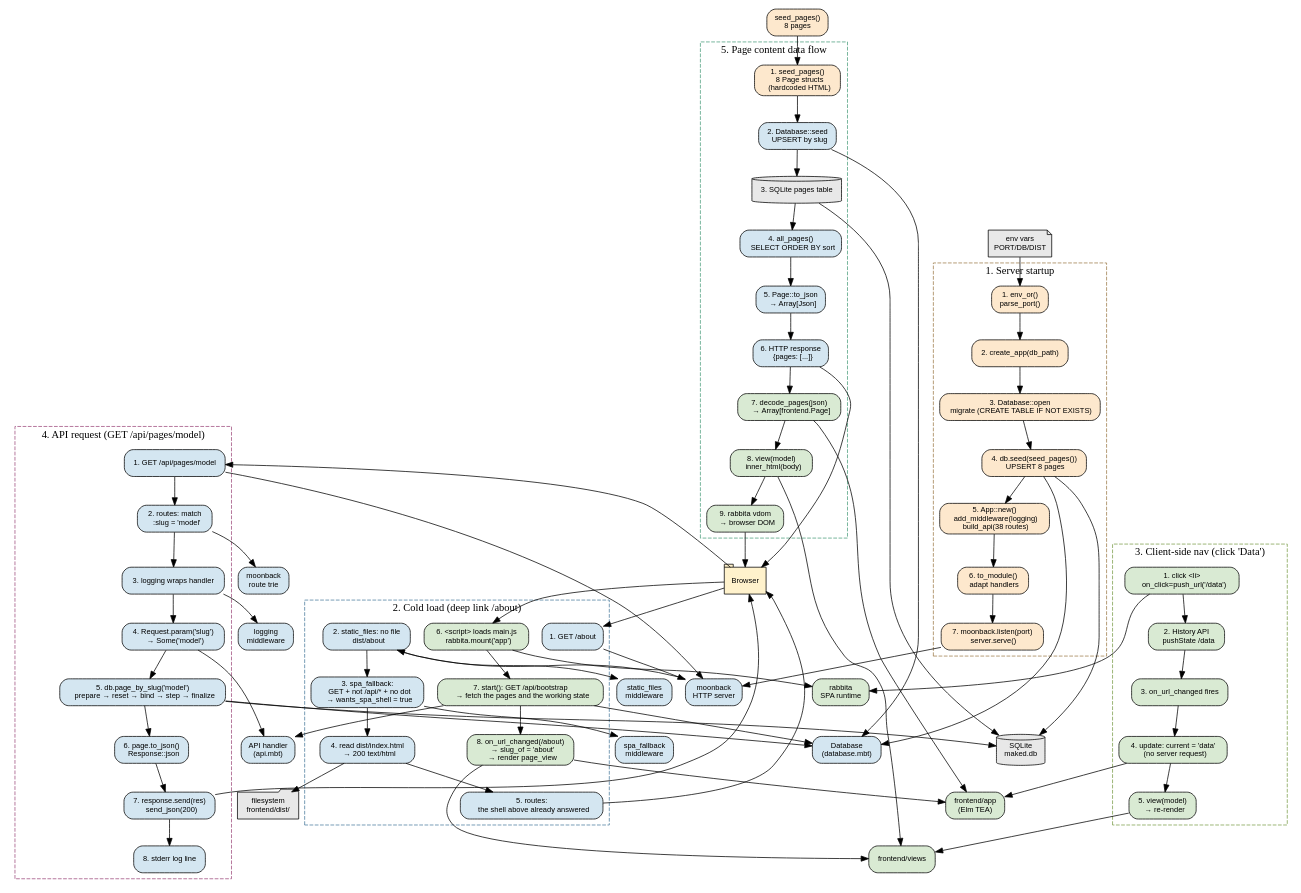
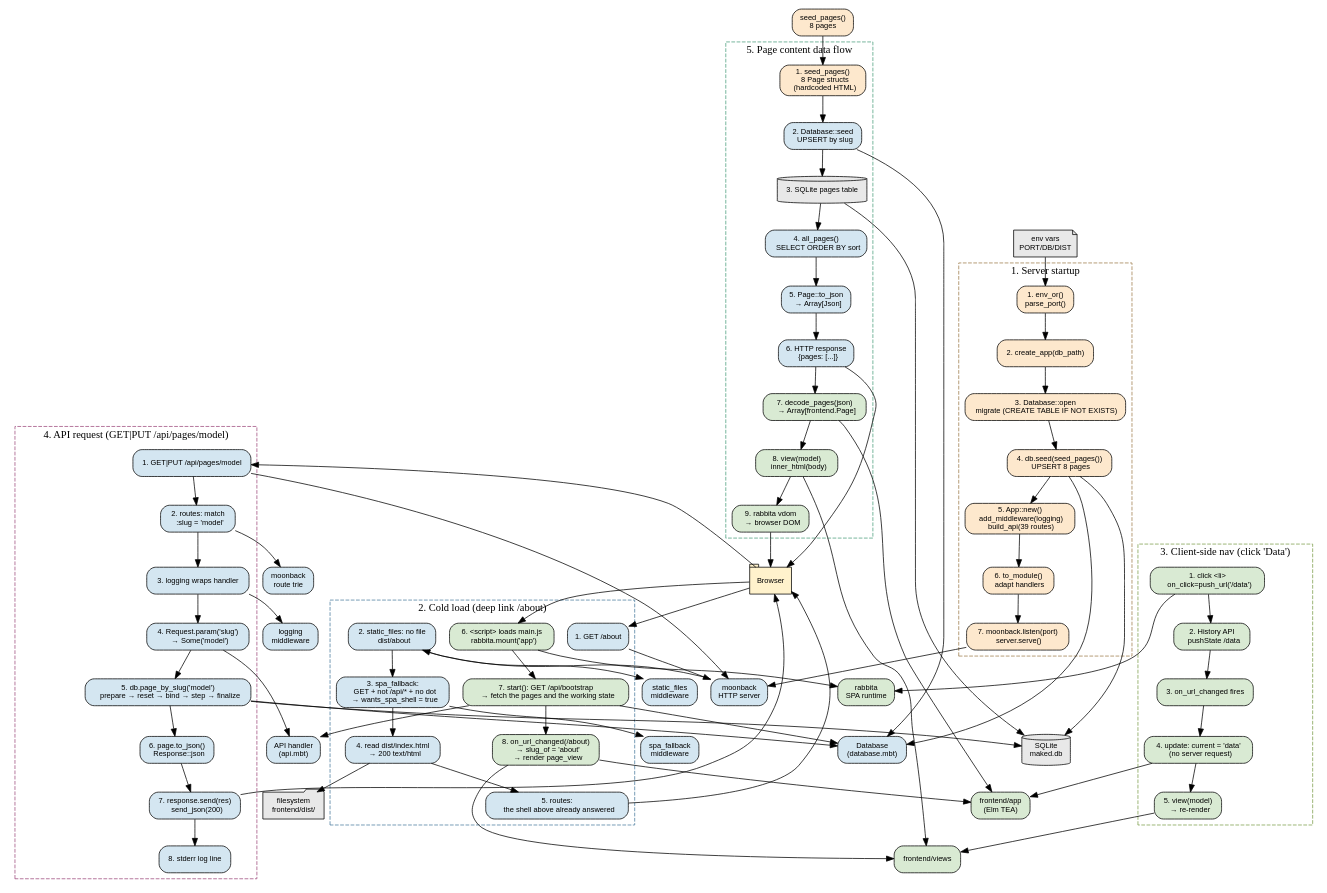
One commit to riantr/MAKED changed the diagram in architecture/flows.dot. Above: the diagram before and after it, drawn with Graphviz. The commit also changed 25 other files, not shown here.

```diff
--- a/architecture/flows.dot
+++ b/architecture/flows.dot
@@ -1,176 +1,176 @@
 // MAKED Flow Graph &mdash; Graphviz DOT
 // Skill: flow-visualizer + graphviz
 //
 // Shows the five key flows: startup, cold load, client nav, API request,
 // and data flow. Each flow is a subgraph with numbered steps.
 // Render: dot -Tsvg flows.dot -o flows.svg
 
 digraph maked_flows {
   rankdir=TB
   node [shape=box, style="rounded,filled", fontname="Helvetica", fontsize=10]
   edge [fontname="Helvetica", fontsize=8]
 
   // --- Shared nodes ---
   browser [label="Browser", shape=tab, fillcolor="#fff2cc"]
   moonback [label="moonback\nHTTP server", fillcolor="#d4e6f1"]
   router [label="moonback\nroute trie", fillcolor="#d4e6f1"]
   logging [label="logging\nmiddleware", fillcolor="#d4e6f1"]
   spa_fb [label="spa_fallback\nmiddleware", fillcolor="#d4e6f1"]
   static_mw [label="static_files\nmiddleware", fillcolor="#d4e6f1"]
   api_handler [label="API handler\n(api.mbt)", fillcolor="#d4e6f1"]
   db [label="Database\n(database.mbt)", fillcolor="#d4e6f1"]
   sqlite [label="SQLite\nmaked.db", shape=cylinder, fillcolor="#e8e8e8"]
   fs [label="filesystem\nfrontend/dist/", shape=folder, fillcolor="#e8e8e8"]
   rabbita [label="rabbita\nSPA runtime", fillcolor="#d9ead3"]
   frontend_app [label="frontend/app\n(Elm TEA)", fillcolor="#d9ead3"]
   frontend_views [label="frontend/views", fillcolor="#d9ead3"]
   seed_data [label="seed_pages()\n8 pages", fillcolor="#fde8cd"]
   env [label="env vars\nPORT/DB/DIST", shape=note, fillcolor="#e8e8e8"]
 
   // ========== Flow 1: Server startup ==========
   subgraph cluster_startup {
     label="1. Server startup"
     style=dashed
     color="#9e7c4a"
 
     s1 [label="1. env_or()\nparse_port()", fillcolor="#fde8cd"]
     s2 [label="2. create_app(db_path)", fillcolor="#fde8cd"]
     s3 [label="3. Database::open\n  migrate (CREATE TABLE IF NOT EXISTS)", fillcolor="#fde8cd"]
     s4 [label="4. db.seed(seed_pages())\n  UPSERT 8 pages", fillcolor="#fde8cd"]
-    s5 [label="5. App::new()\n  add_middleware(logging)\n  build_api(38 routes)", fillcolor="#fde8cd"]
+    s5 [label="5. App::new()\n  add_middleware(logging)\n  build_api(39 routes)", fillcolor="#fde8cd"]
     s6 [label="6. to_module()\n  adapt handlers", fillcolor="#fde8cd"]
     s7 [label="7. moonback.listen(port)\n  server.serve()", fillcolor="#fde8cd"]
   }
 
   env -> s1
   s1 -> s2
   s2 -> s3
   s3 -> s4
   s4 -> db
   s4 -> sqlite
   s4 -> s5
   s5 -> s6
   s6 -> s7
   s7 -> moonback
 
   // ========== Flow 2: Cold load (deep link) ==========
   subgraph cluster_cold {
     label="2. Cold load (deep link /about)"
     style=dashed
     color="#4a7c9e"
 
     c1 [label="1. GET /about", fillcolor="#d4e6f1"]
     c2 [label="2. static_files: no file\n   dist/about", fillcolor="#d4e6f1"]
     c3 [label="3. spa_fallback:\n   GET + not /api/* + no dot\n   → wants_spa_shell = true", fillcolor="#d4e6f1"]
     c4 [label="4. read dist/index.html\n   → 200 text/html", fillcolor="#d4e6f1"]
     c5 [label="5. routes:\n   the shell above already answered", fillcolor="#d4e6f1"]
     c6 [label="6. <script> loads main.js\n   rabbita.mount('app')", fillcolor="#d9ead3"]
     c7 [label="7. start(): GET /api/bootstrap\n   → fetch the pages and the working state", fillcolor="#d9ead3"]
     c8 [label="8. on_url_changed(/about)\n   → slug_of = 'about'\n   → render page_view", fillcolor="#d9ead3"]
   }
 
   browser -> c1
   c1 -> moonback
   moonback -> c2
   c2 -> static_mw
   c2 -> c3
   c3 -> spa_fb
   c3 -> c4
   c4 -> fs
   c4 -> c5
   c5 -> browser
   browser -> c6
   c6 -> rabbita
   c6 -> c7
   c7 -> api_handler
   c7 -> db
   c7 -> c8
   c8 -> frontend_app
   c8 -> frontend_views
 
   // ========== Flow 3: Client-side navigation ==========
   subgraph cluster_nav {
     label="3. Client-side nav (click 'Data')"
     style=dashed
     color="#7c9e4a"
 
     n1 [label="1. click <li>\n   on_click=push_url('/data')", fillcolor="#d9ead3"]
     n2 [label="2. History API\n   pushState /data", fillcolor="#d9ead3"]
     n3 [label="3. on_url_changed fires", fillcolor="#d9ead3"]
     n4 [label="4. update: current = 'data'\n   (no server request)", fillcolor="#d9ead3"]
     n5 [label="5. view(model)\n   → re-render", fillcolor="#d9ead3"]
   }
 
   n1 -> rabbita
   n1 -> n2
   n2 -> n3
   n3 -> n4
   n4 -> frontend_app
   n4 -> n5
   n5 -> frontend_views
 
   // ========== Flow 4: API request ==========
   subgraph cluster_api {
-    label="4. API request (GET /api/pages/model)"
+    label="4. API request (GET|PUT /api/pages/model)"
     style=dashed
     color="#9e4a7c"
 
-    a1 [label="1. GET /api/pages/model", fillcolor="#d4e6f1"]
+    a1 [label="1. GET|PUT /api/pages/model", fillcolor="#d4e6f1"]
     a2 [label="2. routes: match\n   :slug = 'model'", fillcolor="#d4e6f1"]
     a3 [label="3. logging wraps handler", fillcolor="#d4e6f1"]
     a4 [label="4. Request.param('slug')\n   → Some('model')", fillcolor="#d4e6f1"]
     a5 [label="5. db.page_by_slug('model')\n   prepare → reset → bind → step → finalize", fillcolor="#d4e6f1"]
     a6 [label="6. page.to_json()\n   Response::json", fillcolor="#d4e6f1"]
     a7 [label="7. response.send(res)\n   send_json(200)", fillcolor="#d4e6f1"]
     a8 [label="8. stderr log line", fillcolor="#d4e6f1"]
   }
 
   browser -> a1
   a1 -> moonback
   a1 -> a2
   a2 -> router
   a2 -> a3
   a3 -> logging
   a3 -> a4
   a4 -> api_handler
   a4 -> a5
   a5 -> db
   a5 -> sqlite
   a5 -> a6
   a6 -> a7
   a7 -> browser
   a7 -> a8
 
   // ========== Flow 5: Data flow ==========
   subgraph cluster_data {
     label="5. Page content data flow"
     style=dashed
     color="#4a9e7c"
 
     d1 [label="1. seed_pages()\n   8 Page structs\n   (hardcoded HTML)", fillcolor="#fde8cd"]
     d2 [label="2. Database::seed\n   UPSERT by slug", fillcolor="#d4e6f1"]
     d3 [label="3. SQLite pages table", shape=cylinder, fillcolor="#e8e8e8"]
     d4 [label="4. all_pages()\n   SELECT ORDER BY sort", fillcolor="#d4e6f1"]
     d5 [label="5. Page::to_json\n   → Array[Json]", fillcolor="#d4e6f1"]
     d6 [label="6. HTTP response\n   {pages: [...]}", fillcolor="#d4e6f1"]
     d7 [label="7. decode_pages(json)\n   → Array[frontend.Page]", fillcolor="#d9ead3"]
     d8 [label="8. view(model)\n   inner_html(body)", fillcolor="#d9ead3"]
     d9 [label="9. rabbita vdom\n   → browser DOM", fillcolor="#d9ead3"]
   }
 
   seed_data -> d1
   d1 -> d2
   d2 -> db
   d2 -> d3
   d3 -> sqlite
   d3 -> d4
   d4 -> d5
   d5 -> d6
   d6 -> browser
   d6 -> d7
   d7 -> frontend_app
   d7 -> d8
   d8 -> frontend_views
   d8 -> d9
   d9 -> browser
 }
```
